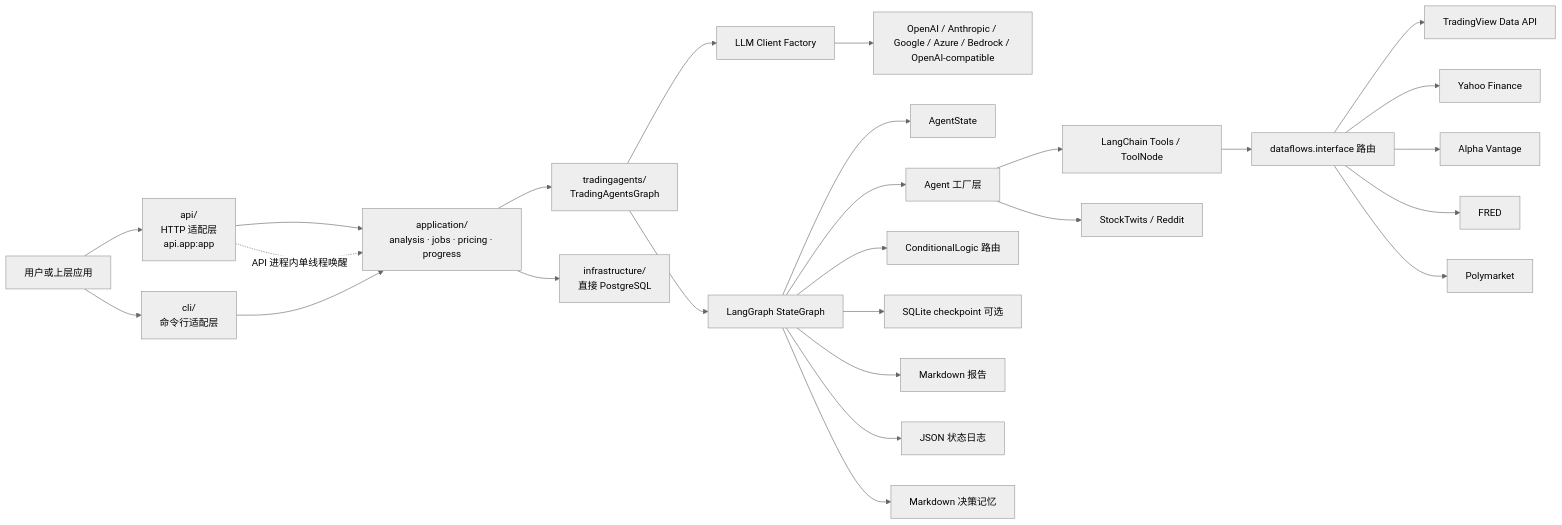
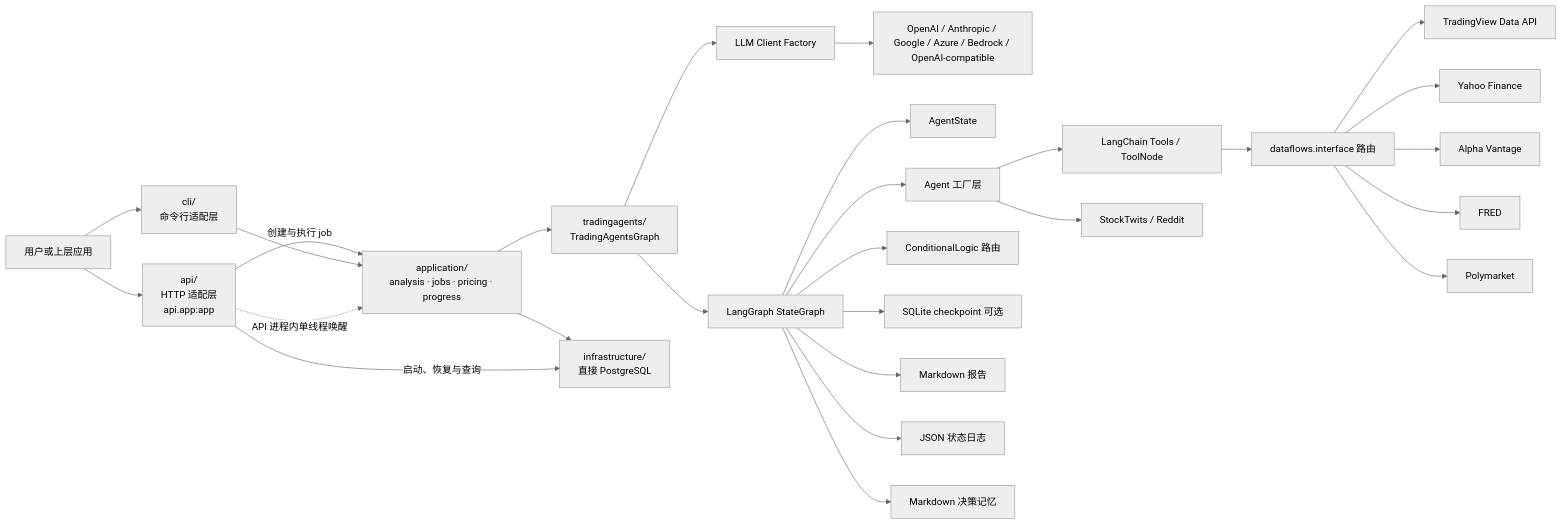
One commit to hypier/tradingagents-report changed the first of 5 diagrams in tg-core/docs/ARCHITECTURE_DESIGN.md. Above: the diagram before and after it, drawn with Mermaid (neutral theme). The commit also changed other lines of this file and 6 other files, not shown here.

````diff
--- a/tg-core/docs/ARCHITECTURE_DESIGN.md
+++ b/tg-core/docs/ARCHITECTURE_DESIGN.md
@@ -72,32 +72,33 @@
 ```mermaid
 flowchart LR
     User["用户或上层应用"] --> API["api/\nHTTP 适配层\napi.app:app"]
     User --> CLI["cli/\n命令行适配层"]
-    API --> Application["application/\nanalysis · jobs · pricing · progress"]
+    API -->|"创建与执行 job"| Application["application/\nanalysis · jobs · pricing · progress"]
     CLI --> Application
     Application --> Graph["tradingagents/\nTradingAgentsGraph"]
     Application --> Infrastructure["infrastructure/\n直接 PostgreSQL"]
+    API -->|"启动、恢复与查询"| Infrastructure
 
     Graph --> LLMFactory["LLM Client Factory"]
     LLMFactory --> LLMs["OpenAI / Anthropic / Google / Azure / Bedrock / OpenAI-compatible"]
 
     Graph --> StateGraph["LangGraph StateGraph"]
     StateGraph --> AgentState["AgentState"]
     StateGraph --> Agents["Agent 工厂层"]
     StateGraph --> Routers["ConditionalLogic 路由"]
     StateGraph --> Checkpoint["SQLite checkpoint 可选"]
 
     Agents --> Tools["LangChain Tools / ToolNode"]
     Tools --> DataRouter["dataflows.interface 路由"]
     DataRouter --> TV["TradingView Data API"]
     DataRouter --> YF["Yahoo Finance"]
     DataRouter --> AV["Alpha Vantage"]
     DataRouter --> FRED["FRED"]
     DataRouter --> PM["Polymarket"]
     Agents --> Social["StockTwits / Reddit"]
 
     StateGraph --> Reports["Markdown 报告"]
     StateGraph --> Logs["JSON 状态日志"]
     StateGraph --> Memory["Markdown 决策记忆"]
     API -. "API 进程内单线程唤醒" .-> Application
 ```
````
